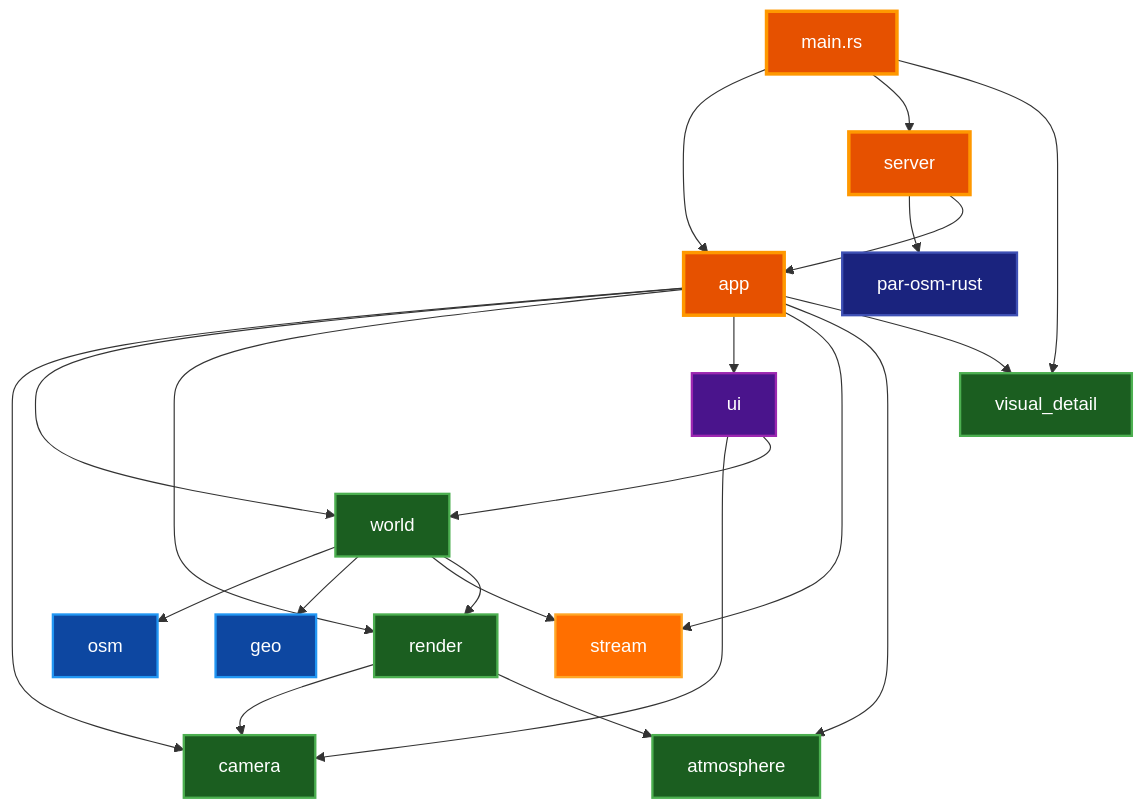
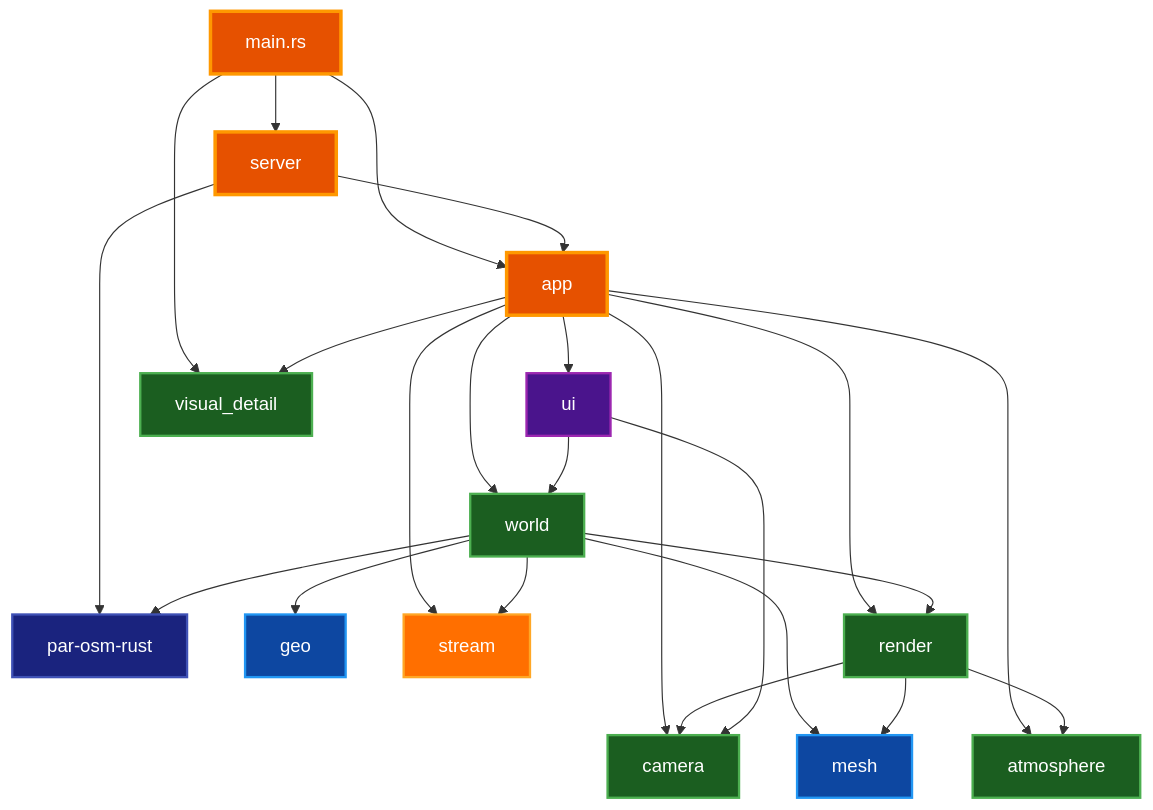
The second of 3 diagrams in docs/ARCHITECTURE.md (paulrobello/osm-world), drawn with Mermaid before and after one commit. The commit also changed other lines of this file and 2 other files, not shown here.

First line of the commit message:
docs: sync ARCHITECTURE, README, troubleshooting to current impl

````diff
--- a/docs/ARCHITECTURE.md
+++ b/docs/ARCHITECTURE.md
@@ -121,58 +122,60 @@
 ```mermaid
 graph TD
     Main[main.rs]
     App[app]
     Server[server]
     Shared[par-osm-rust]
-    Osm[osm]
     Geo[geo]
+    Mesh[mesh]
     World[world]
     Stream[stream]
     Render[render]
     UI[ui]
     Camera[camera]
     Atmosphere[atmosphere]
     Visual[visual_detail]
 
     Main --> App
     Main --> Server
     Main --> Visual
     Server --> Shared
     Server --> App
     App --> Camera
     App --> World
     App --> Render
     App --> UI
     App --> Stream
     App --> Atmosphere
     App --> Visual
-    World --> Osm
+    World --> Shared
     World --> Geo
+    World --> Mesh
     World --> Stream
     World --> Render
+    Render --> Mesh
     Render --> Camera
     Render --> Atmosphere
     UI --> Camera
     UI --> World
 
     class Main primary
     class App primary
     class Server primary
     class Shared database
-    class Osm data
     class Geo data
+    class Mesh data
     class World active
     class Stream warning
     class Render active
     class UI external
     class Camera active
     class Atmosphere active
     class Visual active
 
     classDef primary fill:#e65100,stroke:#ff9800,stroke-width:3px,color:#ffffff
     classDef active fill:#1b5e20,stroke:#4caf50,stroke-width:2px,color:#ffffff
     classDef warning fill:#ff6f00,stroke:#ffa726,stroke-width:2px,color:#ffffff
     classDef data fill:#0d47a1,stroke:#2196f3,stroke-width:2px,color:#ffffff
     classDef database fill:#1a237e,stroke:#3f51b5,stroke-width:2px,color:#ffffff
     classDef external fill:#4a148c,stroke:#9c27b0,stroke-width:2px,color:#ffffff
 ```
````
